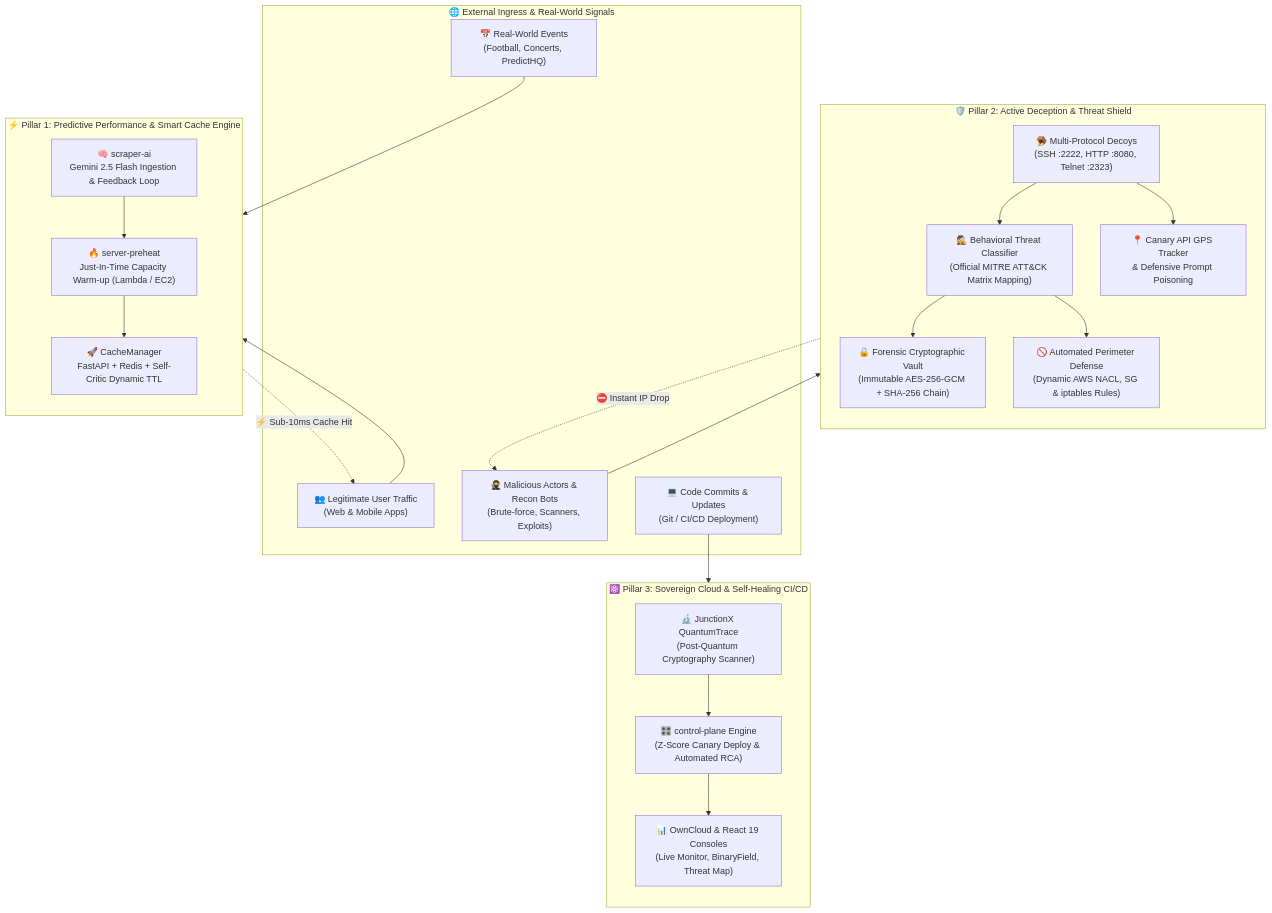
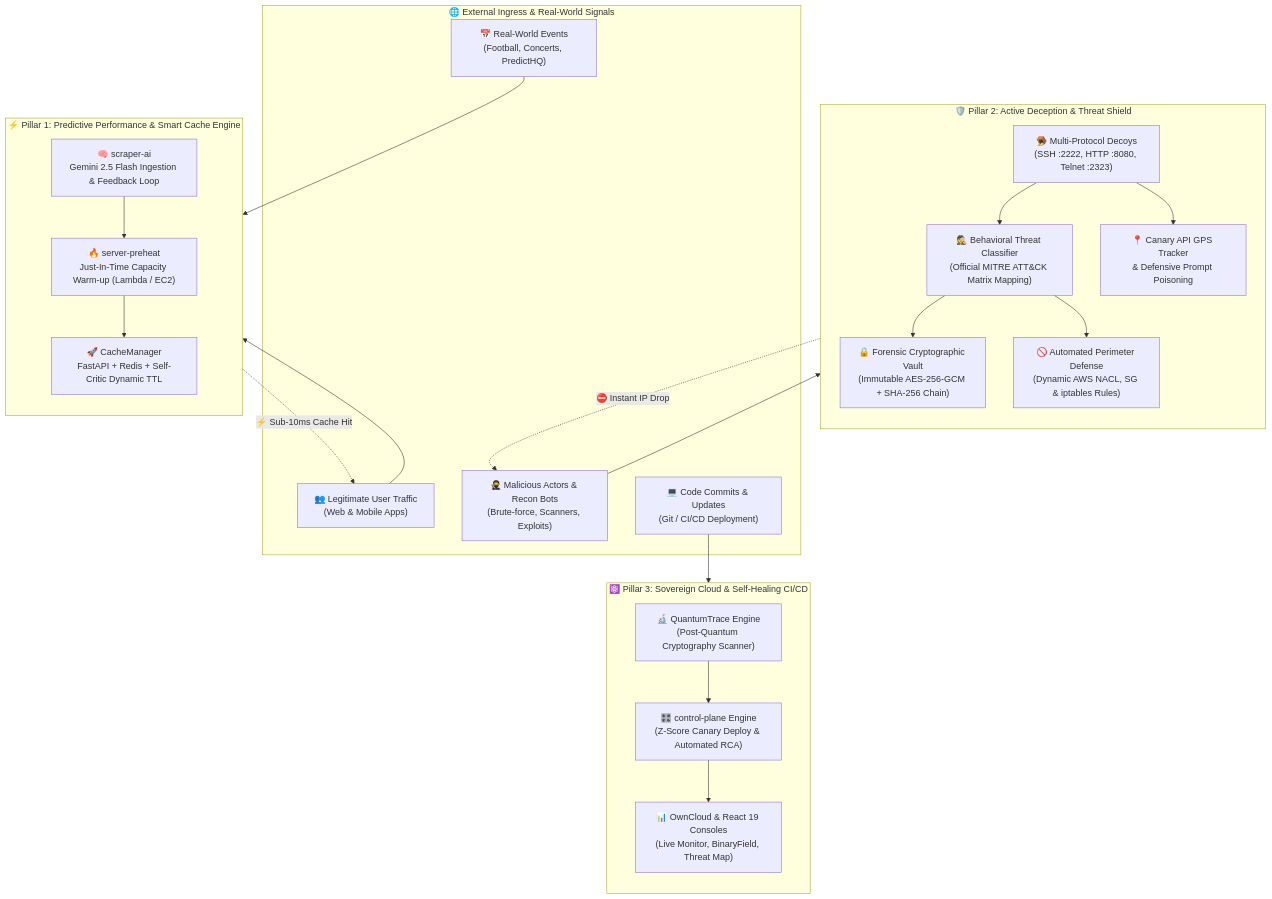
Before and after one commit to a-sopa/bcss: the diagram in README.md, drawn with Mermaid. The commit also changed other lines of this file, not shown here.

````diff
--- a/README.md
+++ b/README.md
@@ -44,42 +44,42 @@
 ```mermaid
 flowchart TD
     subgraph External["🌐 External Ingress & Real-World Signals"]
         E1["📅 Real-World Events<br/>(Football, Concerts, PredictHQ)"]
         E2["👥 Legitimate User Traffic<br/>(Web & Mobile Apps)"]
         E3["🥷 Malicious Actors & Recon Bots<br/>(Brute-force, Scanners, Exploits)"]
         E4["💻 Code Commits & Updates<br/>(Git / CI/CD Deployment)"]
     end
 
     subgraph Pillar1["⚡ Pillar 1: Predictive Performance & Smart Cache Engine"]
         direction TB
         S1["🧠 scraper-ai<br/>Gemini 2.5 Flash Ingestion & Feedback Loop"]
         S2["🔥 server-preheat<br/>Just-In-Time Capacity Warm-up (Lambda / EC2)"]
         S3["🚀 CacheManager<br/>FastAPI + Redis + Self-Critic Dynamic TTL"]
         E1 --> S1 --> S2 --> S3
         E2 --> S3
     end
 
     subgraph Pillar2["🛡️ Pillar 2: Active Deception & Threat Shield"]
         direction TB
         H1["🪤 Multi-Protocol Decoys<br/>(SSH :2222, HTTP :8080, Telnet :2323)"]
         H2["🕵️ Behavioral Threat Classifier<br/>(Official MITRE ATT&CK Matrix Mapping)"]
         H3["📍 Canary API GPS Tracker<br/>& Defensive Prompt Poisoning"]
         H4["🔒 Forensic Cryptographic Vault<br/>(Immutable AES-256-GCM + SHA-256 Chain)"]
         H5["🚫 Automated Perimeter Defense<br/>(Dynamic AWS NACL, SG & iptables Rules)"]
         E3 --> H1 --> H2
         H1 --> H3
         H2 --> H4
         H2 --> H5
     end
 
     subgraph Pillar3["⚛️ Pillar 3: Sovereign Cloud & Self-Healing CI/CD"]
         direction TB
-        C1["🔬 JunctionX QuantumTrace<br/>(Post-Quantum Cryptography Scanner)"]
+        C1["🔬 QuantumTrace Engine<br/>(Post-Quantum Cryptography Scanner)"]
         C2["🎛️ control-plane Engine<br/>(Z-Score Canary Deploy & Automated RCA)"]
         C3["📊 OwnCloud & React 19 Consoles<br/>(Live Monitor, BinaryField, Threat Map)"]
         E4 --> C1 --> C2 --> C3
     end
 
     S3 -.->|"⚡ Sub-10ms Cache Hit"| E2
     H5 -.->|"⛔ Instant IP Drop"| E3
 ```
````
